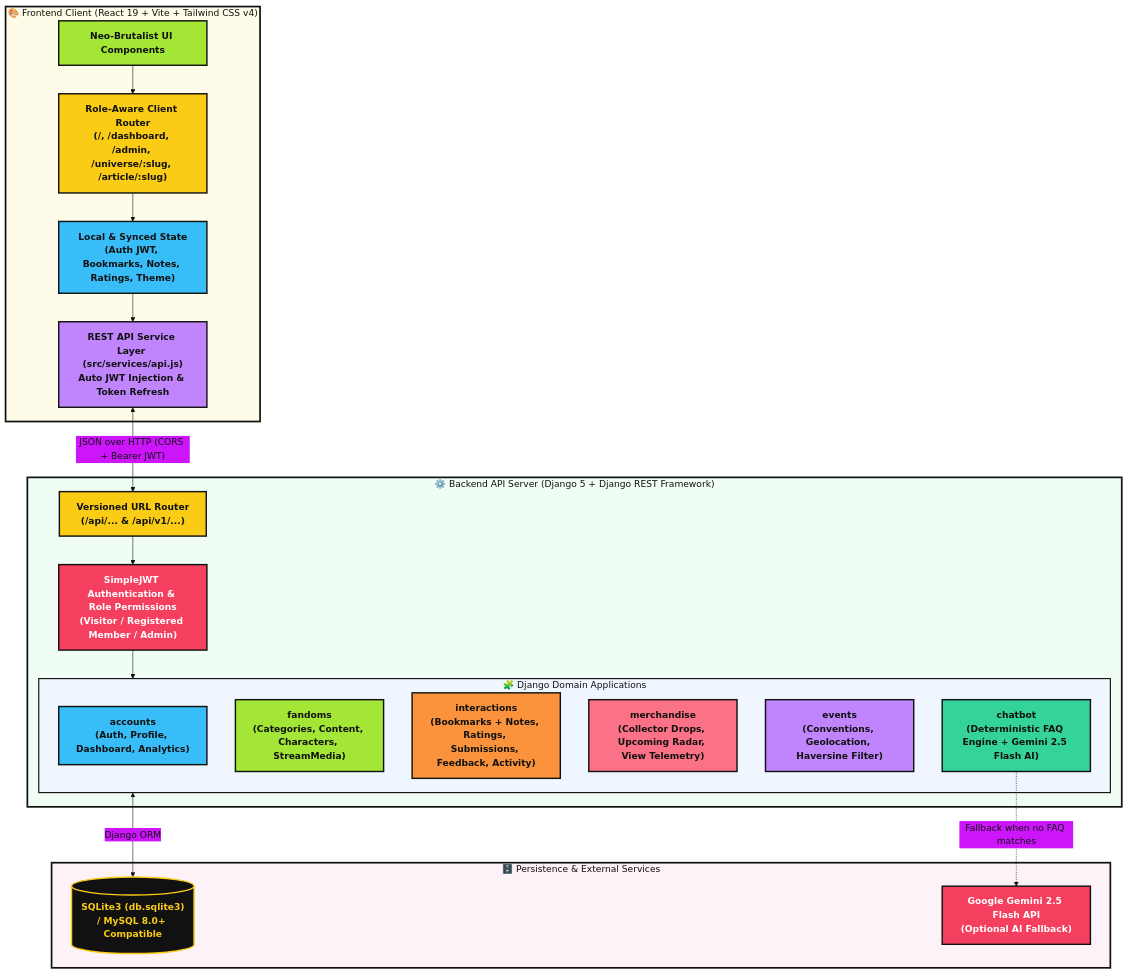
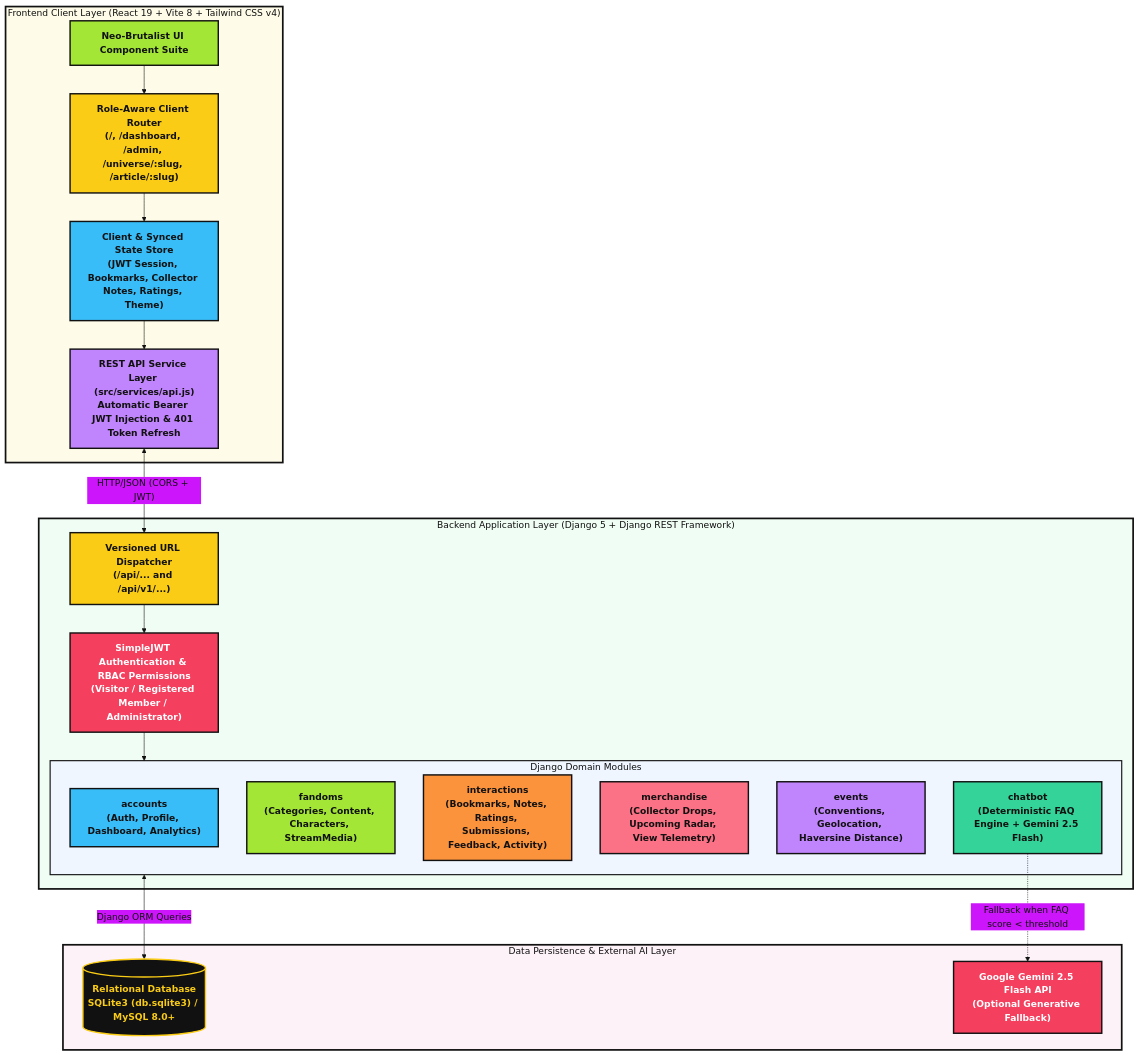
One commit to haleemakintayo/fanHubPlus changed the first of 11 diagrams in DOCUMENTATION.md. Above: the diagram before and after it, drawn with Mermaid. The commit also changed other lines of this file, not shown here.

````diff
--- a/DOCUMENTATION.md
+++ b/DOCUMENTATION.md
@@ -66,53 +94,53 @@
 ```mermaid
 %%{init: {'theme': 'base', 'themeVariables': { 'primaryColor': '#FACC15', 'primaryTextColor': '#111111', 'primaryBorderColor': '#111111', 'lineColor': '#111111', 'fontFamily': 'monospace'}}}%%
 flowchart TB
     classDef lime fill:#A3E635,stroke:#111111,stroke-width:2.5px,color:#111111,font-weight:bold;
     classDef yellow fill:#FACC15,stroke:#111111,stroke-width:2.5px,color:#111111,font-weight:bold;
     classDef cyan fill:#38BDF8,stroke:#111111,stroke-width:2.5px,color:#111111,font-weight:bold;
     classDef rose fill:#F43F5E,stroke:#111111,stroke-width:2.5px,color:#FFFFFF,font-weight:bold;
     classDef violet fill:#C084FC,stroke:#111111,stroke-width:2.5px,color:#111111,font-weight:bold;
     classDef mint fill:#34D399,stroke:#111111,stroke-width:2.5px,color:#111111,font-weight:bold;
     classDef orange fill:#FB923C,stroke:#111111,stroke-width:2.5px,color:#111111,font-weight:bold;
     classDef coral fill:#FB7185,stroke:#111111,stroke-width:2.5px,color:#111111,font-weight:bold;
     classDef dark fill:#111111,stroke:#FACC15,stroke-width:2.5px,color:#FACC15,font-weight:bold;
 
-    subgraph Client["🎨 Frontend Client (React 19 + Vite + Tailwind CSS v4)"]
-        UI["Neo-Brutalist UI Components"]:::lime
+    subgraph Client["Frontend Client Layer (React 19 + Vite 8 + Tailwind CSS v4)"]
+        UI["Neo-Brutalist UI Component Suite"]:::lime
         Router["Role-Aware Client Router\n(/, /dashboard, /admin, /universe/:slug, /article/:slug)"]:::yellow
-        State["Local & Synced State\n(Auth JWT, Bookmarks, Notes, Ratings, Theme)"]:::cyan
-        APIClient["REST API Service Layer (src/services/api.js)\nAuto JWT Injection & Token Refresh"]:::violet
+        State["Client & Synced State Store\n(JWT Session, Bookmarks, Collector Notes, Ratings, Theme)"]:::cyan
+        APIClient["REST API Service Layer (src/services/api.js)\nAutomatic Bearer JWT Injection & 401 Token Refresh"]:::violet
     end
 
-    subgraph Server["⚙️ Backend API Server (Django 5 + Django REST Framework)"]
-        URLs["Versioned URL Router\n(/api/... & /api/v1/...)"]:::yellow
-        AuthMW["SimpleJWT Authentication & Role Permissions\n(Visitor / Registered Member / Admin)"]:::rose
+    subgraph Server["Backend Application Layer (Django 5 + Django REST Framework)"]
+        URLs["Versioned URL Dispatcher\n(/api/... and /api/v1/...)"]:::yellow
+        AuthMW["SimpleJWT Authentication & RBAC Permissions\n(Visitor / Registered Member / Administrator)"]:::rose
         
-        subgraph Apps["🧩 Django Domain Applications"]
+        subgraph Apps["Django Domain Modules"]
             AccApp["accounts\n(Auth, Profile, Dashboard, Analytics)"]:::cyan
             FanApp["fandoms\n(Categories, Content, Characters, StreamMedia)"]:::lime
-            IntApp["interactions\n(Bookmarks + Notes, Ratings, Submissions, Feedback, Activity)"]:::orange
+            IntApp["interactions\n(Bookmarks, Notes, Ratings, Submissions, Feedback, Activity)"]:::orange
             MerchApp["merchandise\n(Collector Drops, Upcoming Radar, View Telemetry)"]:::coral
-            EvtApp["events\n(Conventions, Geolocation, Haversine Filter)"]:::violet
-            BotApp["chatbot\n(Deterministic FAQ Engine + Gemini 2.5 Flash AI)"]:::mint
+            EvtApp["events\n(Conventions, Geolocation, Haversine Distance)"]:::violet
+            BotApp["chatbot\n(Deterministic FAQ Engine + Gemini 2.5 Flash)"]:::mint
         end
     end
 
-    subgraph Storage["🗄️ Persistence & External Services"]
-        DB[("SQLite3 (db.sqlite3)\n/ MySQL 8.0+ Compatible")]:::dark
-        Gemini["Google Gemini 2.5 Flash API\n(Optional AI Fallback)"]:::rose
+    subgraph Storage["Data Persistence & External AI Layer"]
+        DB[("Relational Database\nSQLite3 (db.sqlite3) / MySQL 8.0+")]:::dark
+        Gemini["Google Gemini 2.5 Flash API\n(Optional Generative Fallback)"]:::rose
     end
 
     style Client fill:#FEFCE8,stroke:#111111,stroke-width:3px,color:#111111
     style Server fill:#F0FDF4,stroke:#111111,stroke-width:3px,color:#111111
     style Apps fill:#EFF6FF,stroke:#111111,stroke-width:2px,color:#111111
     style Storage fill:#FDF2F8,stroke:#111111,stroke-width:3px,color:#111111
 
     UI --> Router
     Router --> State
     State --> APIClient
-    APIClient <-->|"JSON over HTTP (CORS + Bearer JWT)"| URLs
+    APIClient <-->|"HTTP/JSON (CORS + JWT)"| URLs
     URLs --> AuthMW
     AuthMW --> Apps
-    Apps <-->|"Django ORM"| DB
-    BotApp -.->|"Fallback when no FAQ matches"| Gemini
+    Apps <-->|"Django ORM Queries"| DB
+    BotApp -.->|"Fallback when FAQ score < threshold"| Gemini
 ```
````
